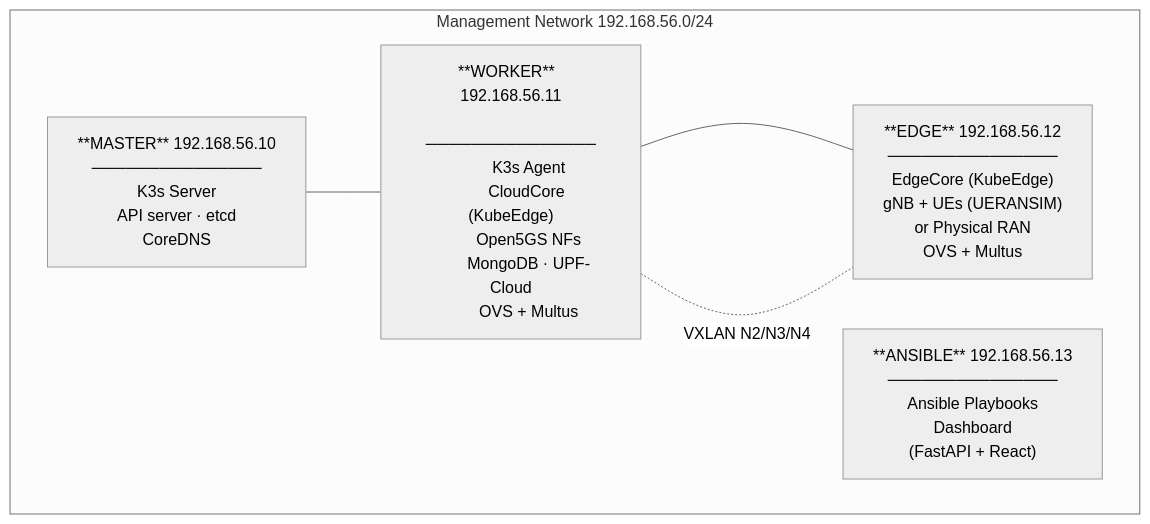
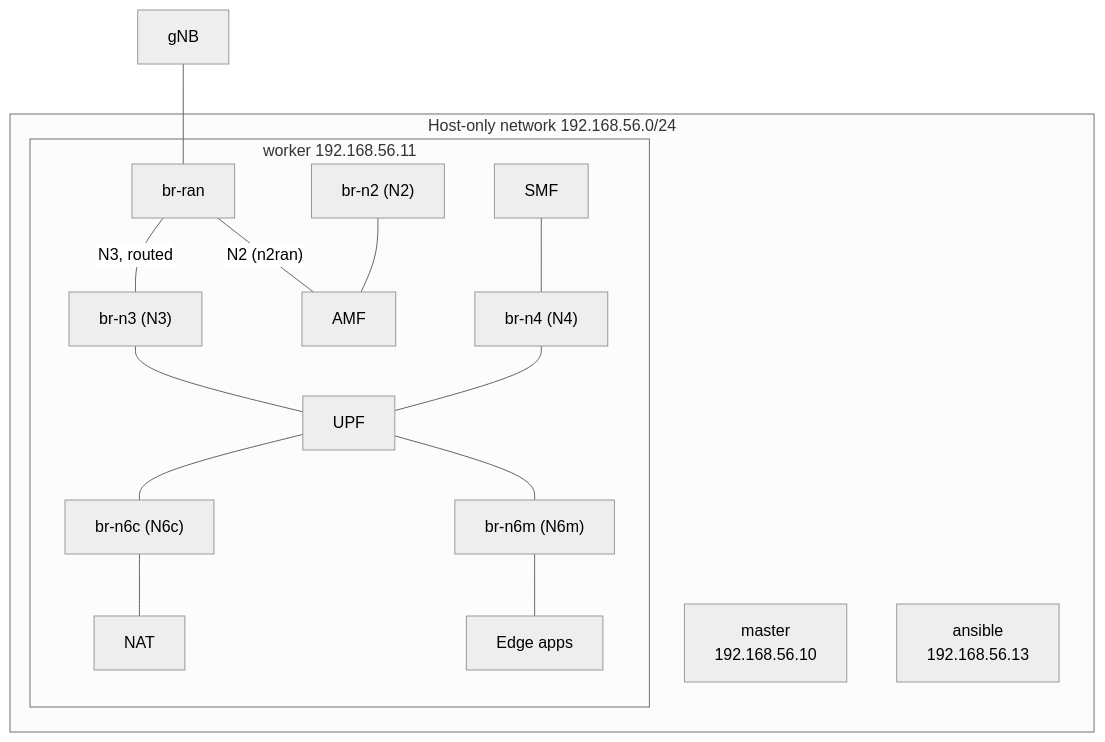
One commit to Jacobbista/kelt changed the second of 6 diagrams in docs/architecture/overview.md. Above: the diagram before and after it, drawn with Mermaid (neutral theme). The commit also changed other lines of this file and 4 other files, not shown here.

Commit message:
docs: descriptive architecture overview, physical RAN guide, naming scheme

````diff
--- a/docs/architecture/overview.md
+++ b/docs/architecture/overview.md
@@ -20,36 +67,30 @@
 ```mermaid
-graph TB
-    subgraph MGMT["Management Network  192.168.56.0/24"]
-        direction LR
-        M["**MASTER**  192.168.56.10
-        ───────────────
-        K3s Server
-        API server · etcd
-        CoreDNS"]
+flowchart TB
+    GNB["gNB"]
+    subgraph HOST["Host-only network 192.168.56.0/24"]
+        M["master<br/>192.168.56.10"]
+        A["ansible<br/>192.168.56.13"]
+        subgraph W["worker 192.168.56.11"]
+            BRAN["br-ran"]
+            BN2["br-n2 (N2)"]
+            BN3["br-n3 (N3)"]
+            BN4["br-n4 (N4)"]
+            BN6C["br-n6c (N6c)"]
+            BN6M["br-n6m (N6m)"]
+            AMF["AMF"]
+            SMF["SMF"]
+            UPF["UPF"]
+            APP["Edge apps"]
+            NAT["NAT"]
+        end
+    end
 
-        W["**WORKER**  192.168.56.11
-        ───────────────
-        K3s Agent
-        CloudCore (KubeEdge)
-        Open5GS NFs
-        MongoDB · UPF-Cloud
-        OVS + Multus"]
-
-        E["**EDGE**  192.168.56.12
-        ───────────────
-        EdgeCore (KubeEdge)
-        gNB + UEs (UERANSIM)
-        or Physical RAN
-        OVS + Multus"]
-
-        A["**ANSIBLE**  192.168.56.13
-        ───────────────
-        Ansible Playbooks
-        Dashboard
-        (FastAPI + React)"]
-
-        M --- W
-        W --- E
-        W -. "VXLAN N2/N3/N4" .- E
-    end
+    GNB --- BRAN
+    BRAN -- "N2 (n2ran)" --- AMF
+    BRAN -- "N3, routed" --- BN3
+    BN2 --- AMF
+    BN3 --- UPF
+    SMF --- BN4 --- UPF
+    UPF --- BN6M --- APP
+    UPF --- BN6C --- NAT
 ```
````
